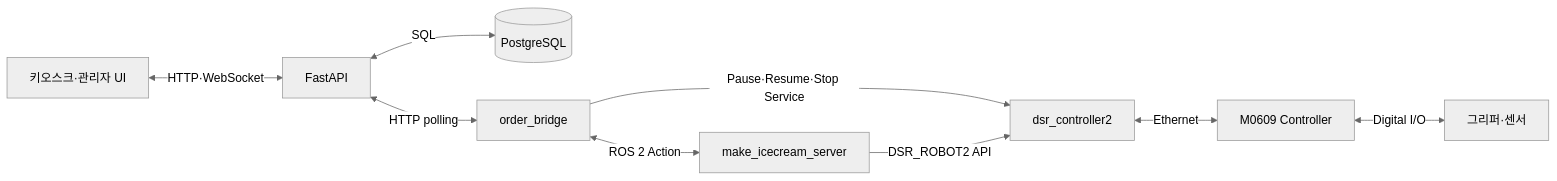
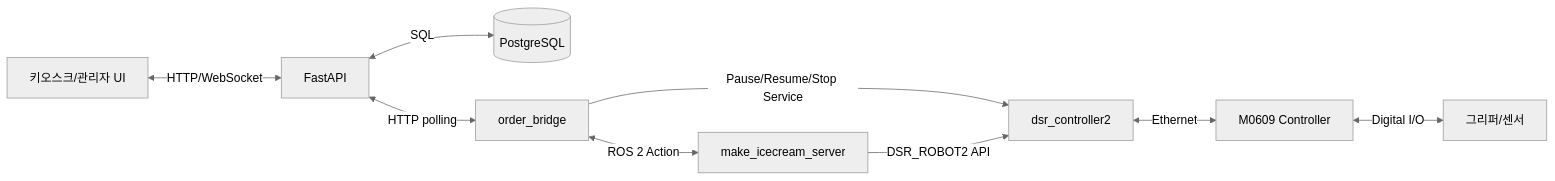
Before and after one commit to Taegyu-Lee1117/ROKEY_Cooperation_1: the first of 2 diagrams in src/DOCUMENT.md, drawn with Mermaid (neutral theme). The commit also changed other lines of this file and 1 other file, not shown here.

````diff
--- a/src/DOCUMENT.md
+++ b/src/DOCUMENT.md
@@ -18,11 +18,11 @@
 ```mermaid
 flowchart LR
-    UI[키오스크·관리자 UI] <-->|HTTP·WebSocket| API[FastAPI]
+    UI[키오스크/관리자 UI] <-->|HTTP/WebSocket| API[FastAPI]
     API <-->|SQL| DB[(PostgreSQL)]
     API <-->|HTTP polling| BR[order_bridge]
     BR <-->|ROS 2 Action| AS[make_icecream_server]
-    BR -->|Pause·Resume·Stop Service| DSR[dsr_controller2]
+    BR -->|Pause/Resume/Stop Service| DSR[dsr_controller2]
     AS -->|DSR_ROBOT2 API| DSR
     DSR <-->|Ethernet| ROBOT[M0609 Controller]
-    ROBOT <-->|Digital I/O| GRIP[그리퍼·센서]
+    ROBOT <-->|Digital I/O| GRIP[그리퍼/센서]
 ```
````
